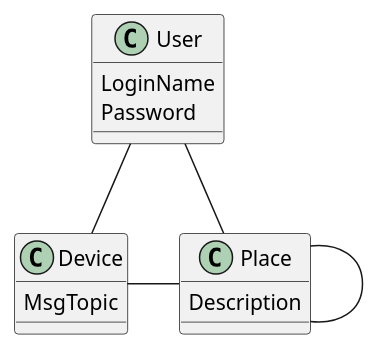
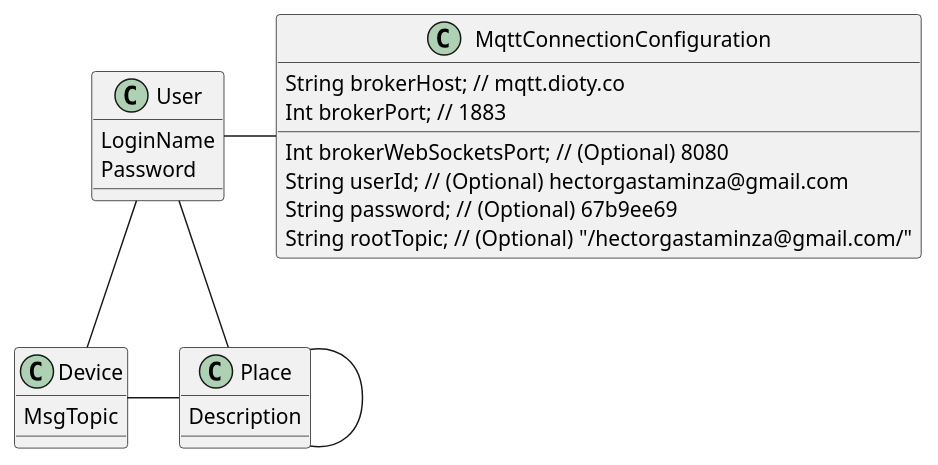
Before and after one commit to hectorgastaminza/comit: the diagram in FinalProject/Diagrams/DEntities.puml, drawn with PlantUML. The commit also changed 3 other files, not shown here.

```diff
--- a/FinalProject/Diagrams/DEntities.puml
+++ b/FinalProject/Diagrams/DEntities.puml
@@ -1,18 +1,28 @@
 @startuml
 
 class User {
   LoginName
   Password
 }
 class Device {
   MsgTopic
 }
 class Place {
   Description
 }
+class MqttConnectionConfiguration{
+  String brokerHost; // mqtt.dioty.co
+  Int brokerPort; // 1883
+  Int brokerWebSocketsPort; // (Optional) 8080
+  String userId; // (Optional) hectorgastaminza@gmail.com
+  String password; // (Optional) 67b9ee69
+  String rootTopic; // (Optional) "/hectorgastaminza@gmail.com/"
+}
+
+User -right- MqttConnectionConfiguration
 User -down- Place
 Place - Place
 User -down- Device
 Place -left- Device
 
 @enduml
```
